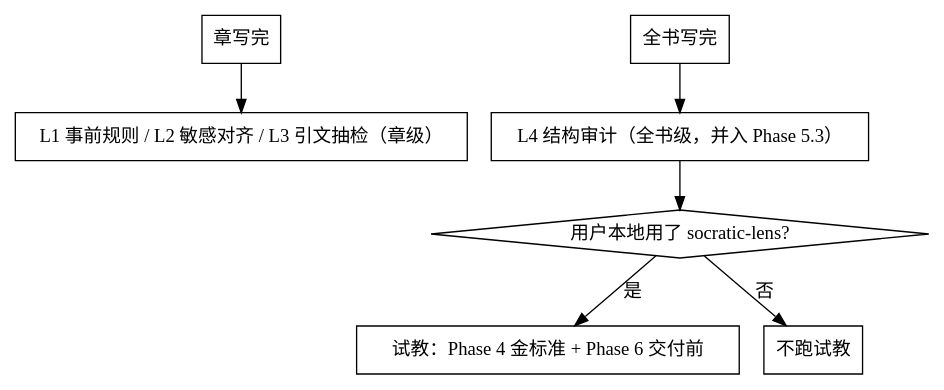
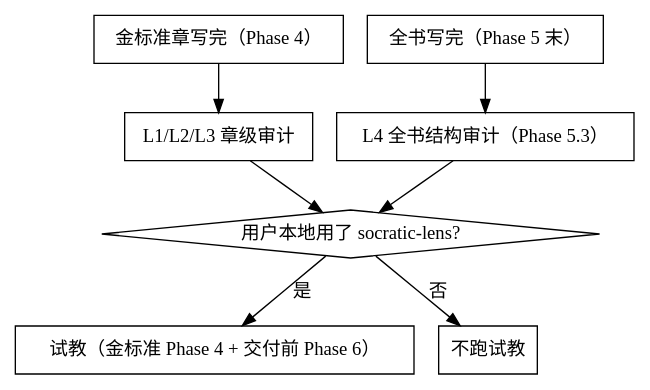
The diagram in skills/craft-your-textbook/references/audit-and-testing.md (free6589/craft-your-textbook), drawn with Graphviz before and after one commit. The commit also changed other lines of this file and 6 other files, not shown here.

````diff
--- a/skills/craft-your-textbook/references/audit-and-testing.md
+++ b/skills/craft-your-textbook/references/audit-and-testing.md
@@ -20,18 +20,19 @@
 ```dot
 digraph audit_when {
     rankdir=TB;
-    "章写完" [shape=box];
-    "L1 事前规则 / L2 敏感对齐 / L3 引文抽检（章级）" [shape=box];
-    "全书写完" [shape=box];
-    "L4 结构审计（全书级，并入 Phase 5.3）" [shape=box];
+    "金标准章写完（Phase 4）" [shape=box];
+    "L1/L2/L3 章级审计" [shape=box];
+    "全书写完（Phase 5 末）" [shape=box];
+    "L4 全书结构审计（Phase 5.3）" [shape=box];
     "用户本地用了 socratic-lens?" [shape=diamond];
-    "试教：Phase 4 金标准 + Phase 6 交付前" [shape=box];
+    "试教（金标准 Phase 4 + 交付前 Phase 6）" [shape=box];
     "不跑试教" [shape=box];
 
-    "章写完" -> "L1 事前规则 / L2 敏感对齐 / L3 引文抽检（章级）";
-    "全书写完" -> "L4 结构审计（全书级，并入 Phase 5.3）";
-    "L4 结构审计（全书级，并入 Phase 5.3）" -> "用户本地用了 socratic-lens?";
-    "用户本地用了 socratic-lens?" -> "试教：Phase 4 金标准 + Phase 6 交付前" [label="是"];
+    "金标准章写完（Phase 4）" -> "L1/L2/L3 章级审计";
+    "L1/L2/L3 章级审计" -> "用户本地用了 socratic-lens?";
+    "全书写完（Phase 5 末）" -> "L4 全书结构审计（Phase 5.3）";
+    "L4 全书结构审计（Phase 5.3）" -> "用户本地用了 socratic-lens?";
+    "用户本地用了 socratic-lens?" -> "试教（金标准 Phase 4 + 交付前 Phase 6）" [label="是"];
     "用户本地用了 socratic-lens?" -> "不跑试教" [label="否"];
 }
 ```
````
